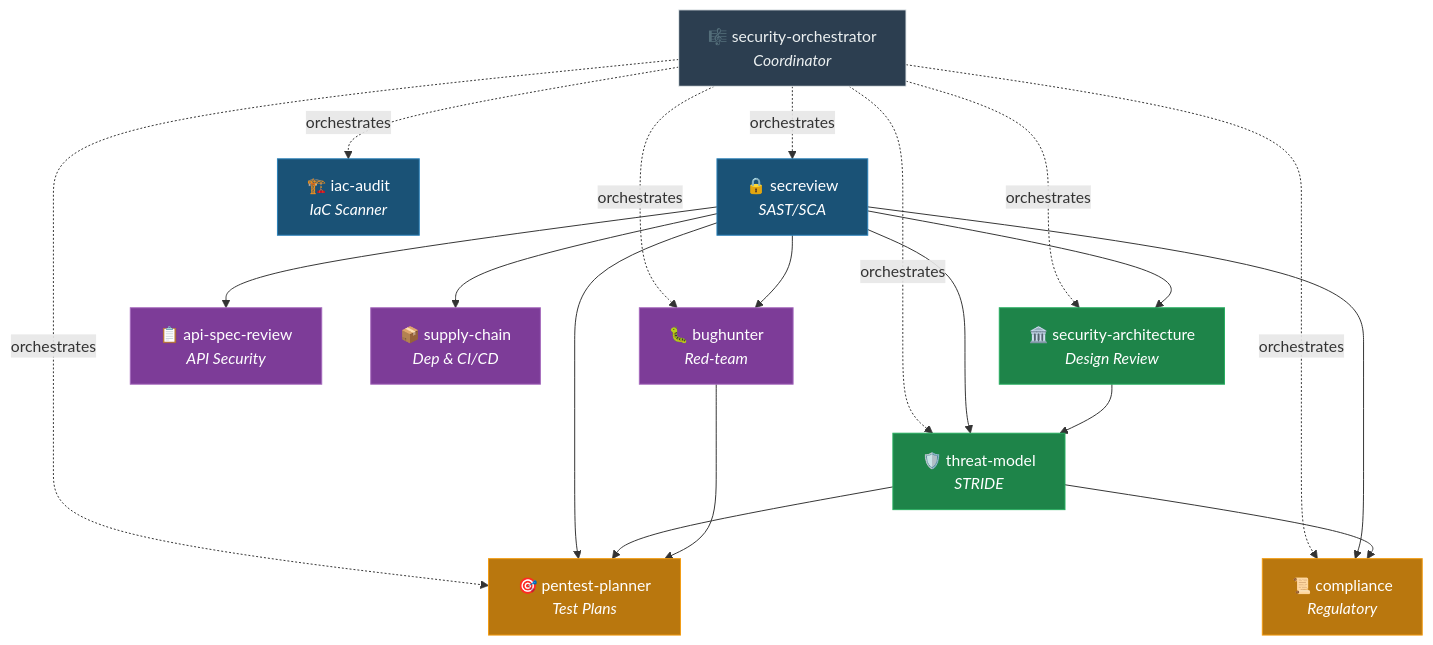
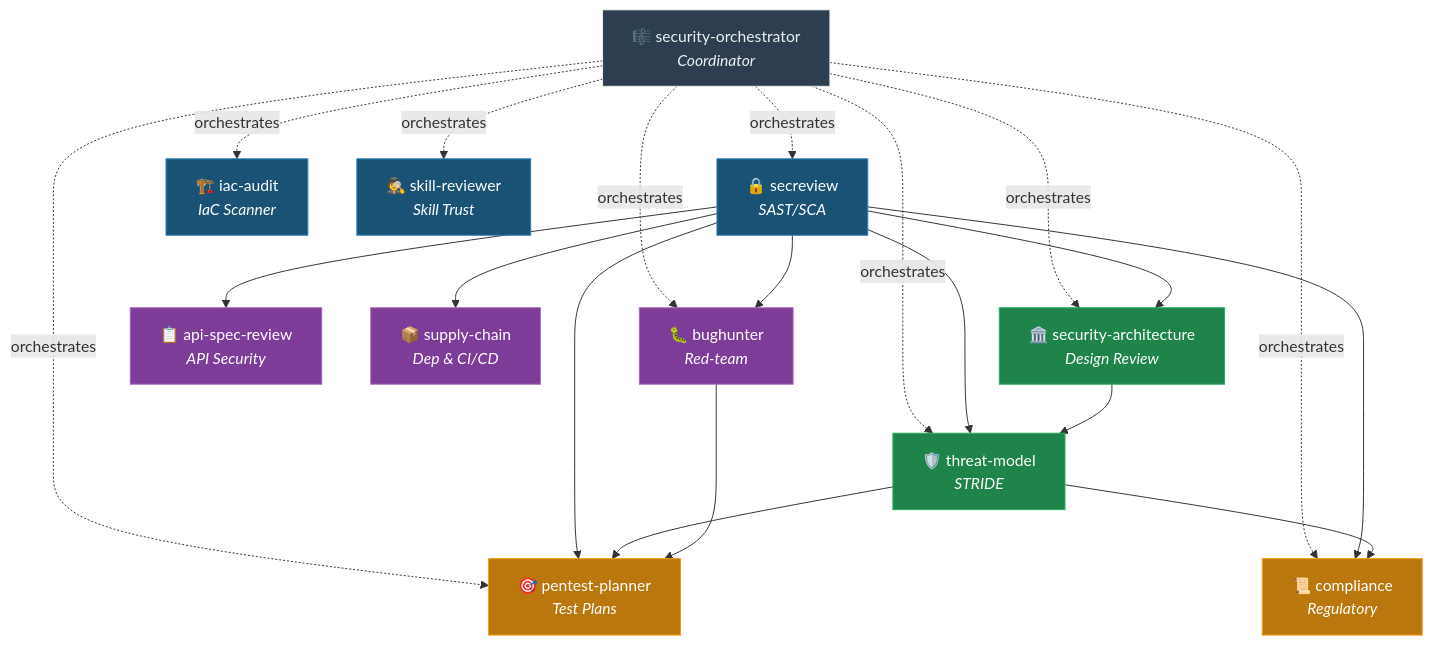
One commit to marcboggs/BMAD-AppSec-Orchestrator changed the fourth of 5 diagrams in README.md. Above: the diagram before and after it, drawn with Mermaid. The commit also changed other lines of this file and 33 other files, not shown here.

Commit message:
Add skill reviewer agent Logging requests blocked by LLM

````diff
--- a/README.md
+++ b/README.md
@@ -144,44 +152,47 @@
 ```mermaid
 graph TD
     SO[🎼 security-orchestrator<br/><i>Coordinator</i>]
     SR[🔒 secreview<br/><i>SAST/SCA</i>]
     IA[🏗️ iac-audit<br/><i>IaC Scanner</i>]
+    SKR[🕵️ skill-reviewer<br/><i>Skill Trust</i>]
     BH[🐛 bughunter<br/><i>Red-team</i>]
     API[📋 api-spec-review<br/><i>API Security</i>]
     SC[📦 supply-chain<br/><i>Dep & CI/CD</i>]
     SA[🏛️ security-architecture<br/><i>Design Review</i>]
     TM[🛡️ threat-model<br/><i>STRIDE</i>]
     CO[📜 compliance<br/><i>Regulatory</i>]
     PP[🎯 pentest-planner<br/><i>Test Plans</i>]
 
     SO -.->|orchestrates| SR
     SO -.->|orchestrates| IA
+    SO -.->|orchestrates| SKR
     SO -.->|orchestrates| SA
     SO -.->|orchestrates| TM
     SO -.->|orchestrates| BH
     SO -.->|orchestrates| CO
     SO -.->|orchestrates| PP
 
     SR --> BH
     SR --> API
     SR --> SC
     SR --> SA
     SR --> TM
     SR --> CO
     SR --> PP
     SA --> TM
     TM --> CO
     TM --> PP
     BH --> PP
 
     style SO fill:#2c3e50,stroke:#ecf0f1,color:#ecf0f1
     style SR fill:#1a5276,stroke:#2980b9,color:#fff
     style IA fill:#1a5276,stroke:#2980b9,color:#fff
+    style SKR fill:#1a5276,stroke:#2980b9,color:#fff
     style BH fill:#7d3c98,stroke:#a569bd,color:#fff
     style API fill:#7d3c98,stroke:#a569bd,color:#fff
     style SC fill:#7d3c98,stroke:#a569bd,color:#fff
     style SA fill:#1e8449,stroke:#27ae60,color:#fff
     style TM fill:#1e8449,stroke:#27ae60,color:#fff
     style CO fill:#b9770e,stroke:#f39c12,color:#fff
     style PP fill:#b9770e,stroke:#f39c12,color:#fff
 ```
````
